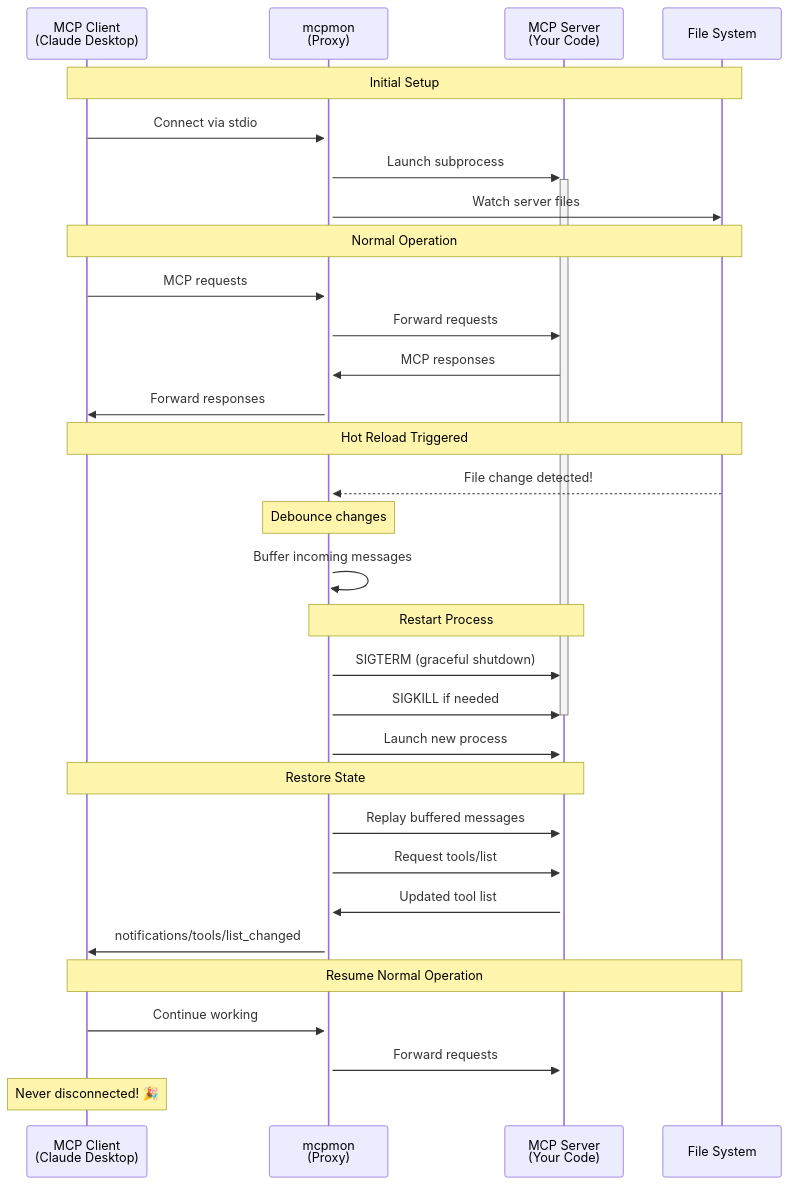
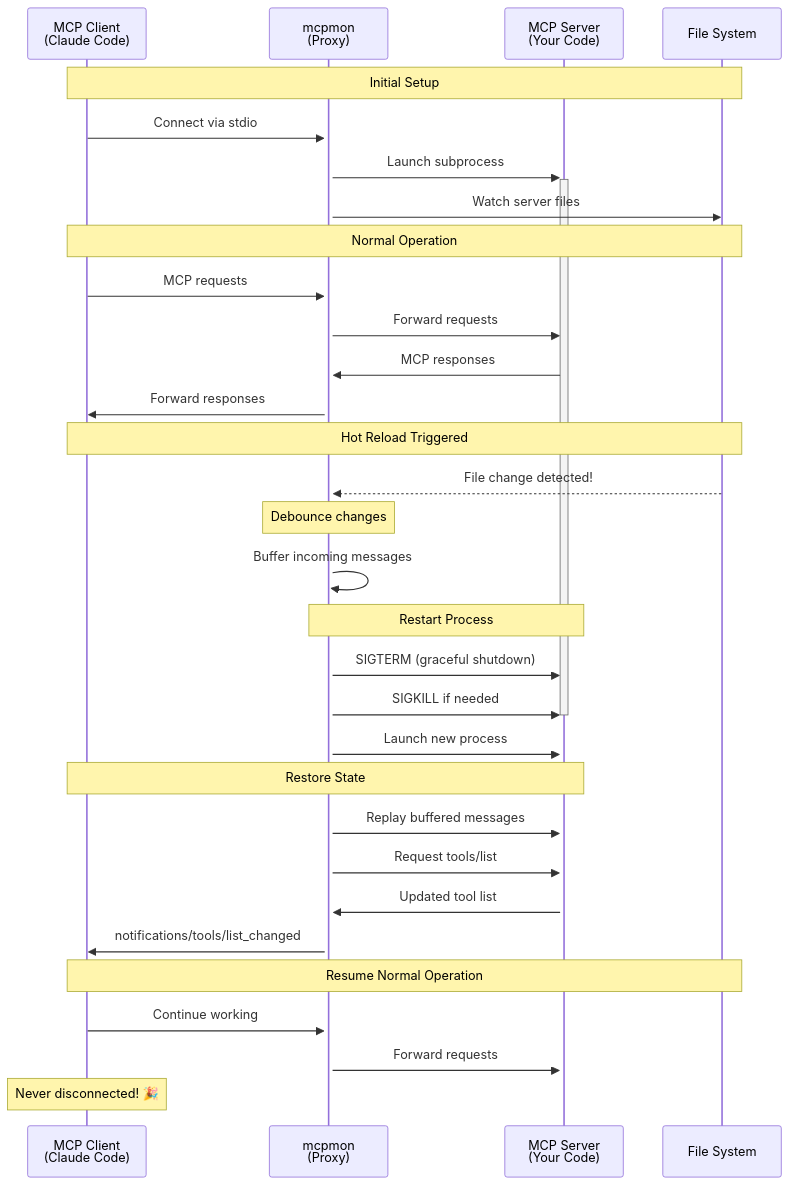
One commit to neilopet/mcp-server-hmr changed the diagram in README.md. Above: the diagram before and after it, drawn with Mermaid. The commit also changed other lines of this file and 1 other file, not shown here.

First line of the commit message:
docs: Emphasize Claude Code as primary MCP client

````diff
--- a/README.md
+++ b/README.md
@@ -134,40 +134,40 @@
 ```mermaid
 sequenceDiagram
-    participant Client as MCP Client<br/>(Claude Desktop)
+    participant Client as MCP Client<br/>(Claude Code)
     participant Proxy as mcpmon<br/>(Proxy)
     participant Server as MCP Server<br/>(Your Code)
     participant FS as File System
 
     Note over Client,FS: Initial Setup
     Client->>+Proxy: Connect via stdio
     Proxy->>+Server: Launch subprocess
     Proxy->>FS: Watch server files
     
     Note over Client,FS: Normal Operation
     Client->>Proxy: MCP requests
     Proxy->>Server: Forward requests
     Server->>Proxy: MCP responses
     Proxy->>Client: Forward responses
     
     Note over Client,FS: Hot Reload Triggered
     FS-->>Proxy: File change detected!
     Note over Proxy: Debounce changes
     Proxy->>Proxy: Buffer incoming messages
     
     Note over Proxy,Server: Restart Process
     Proxy->>Server: SIGTERM (graceful shutdown)
     Proxy->>Server: SIGKILL if needed
     deactivate Server
     Proxy->>+Server: Launch new process
     
     Note over Client,Server: Restore State
     Proxy->>Server: Replay buffered messages
     Proxy->>Server: Request tools/list
     Server->>Proxy: Updated tool list
     Proxy->>Client: notifications/tools/list_changed
     
     Note over Client,FS: Resume Normal Operation
     Client->>Proxy: Continue working
     Proxy->>Server: Forward requests
     Note over Client: Never disconnected! 🎉
 ```
````
